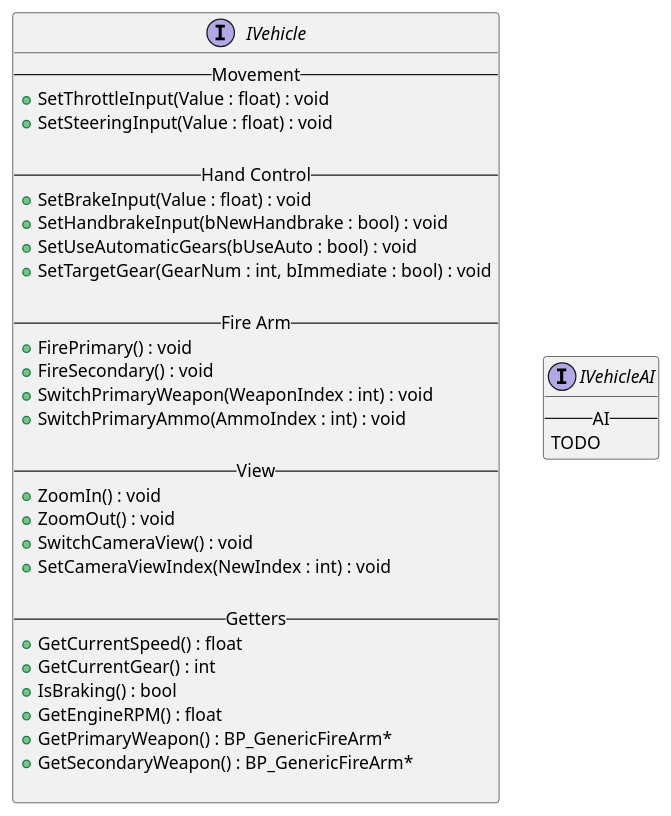
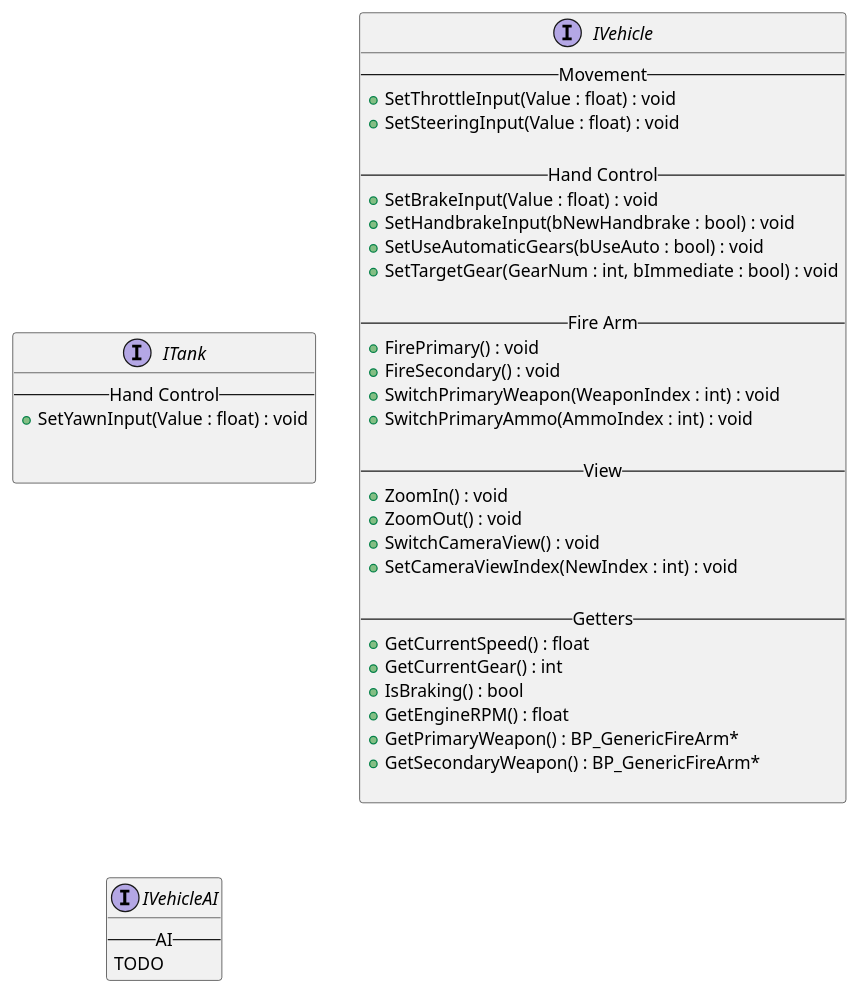
One commit to leemojiang/UEGameDesign changed the diagram in Game/Modules/Veichles/Veichles_Interfaces.puml. Above: the diagram before and after it, drawn with PlantUML. The commit also changed 7 other files, not shown here.

```diff
--- a/Game/Modules/Veichles/Veichles_Interfaces.puml
+++ b/Game/Modules/Veichles/Veichles_Interfaces.puml
@@ -1,39 +1,49 @@
 @startuml
+
+interface ITank{
+    -- Hand Control --
+    + SetYawnInput(Value : float) : void
+    
+
+}
+
+
+
 interface IVehicle {
     -- Movement --
     + SetThrottleInput(Value : float) : void
     + SetSteeringInput(Value : float) : void
 
     -- Hand Control --
     + SetBrakeInput(Value : float) : void
     + SetHandbrakeInput(bNewHandbrake : bool) : void
     + SetUseAutomaticGears(bUseAuto : bool) : void
     + SetTargetGear(GearNum : int, bImmediate : bool) : void
 
     -- Fire Arm --
     + FirePrimary() : void
     + FireSecondary() : void
     + SwitchPrimaryWeapon(WeaponIndex : int) : void
     + SwitchPrimaryAmmo(AmmoIndex : int) : void
 
     -- View --
     + ZoomIn() : void
     + ZoomOut() : void
     + SwitchCameraView() : void
     + SetCameraViewIndex(NewIndex : int) : void
 
     -- Getters --
     + GetCurrentSpeed() : float
     + GetCurrentGear() : int
     + IsBraking() : bool
     + GetEngineRPM() : float
     + GetPrimaryWeapon() : BP_GenericFireArm*
     + GetSecondaryWeapon() : BP_GenericFireArm*
 
 }
 
 interface IVehicleAI{
     -- AI --
     TODO
 }
 @enduml
```
